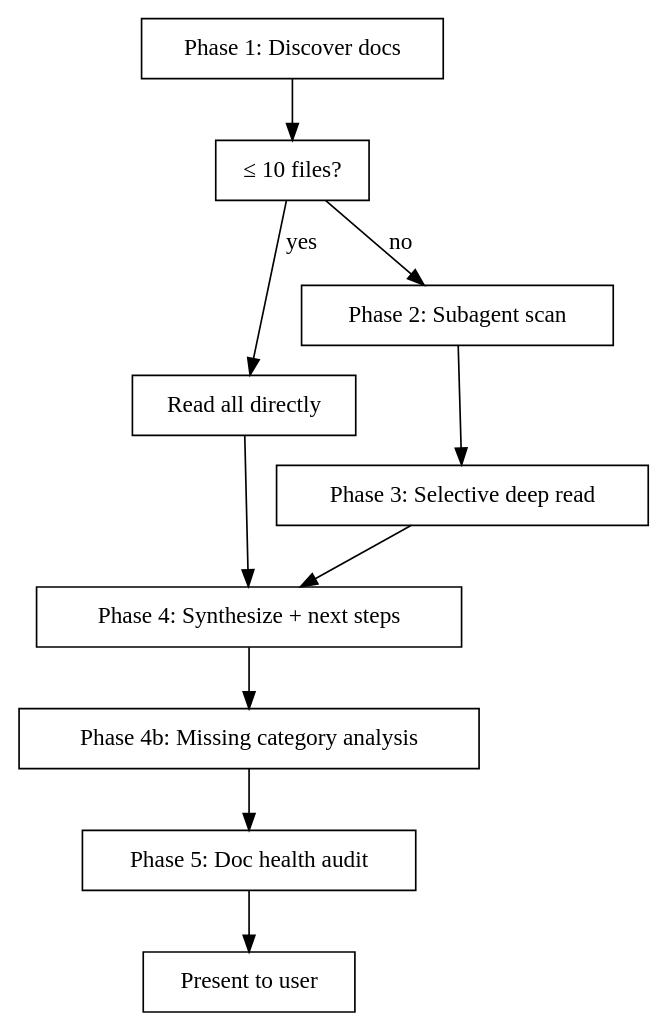
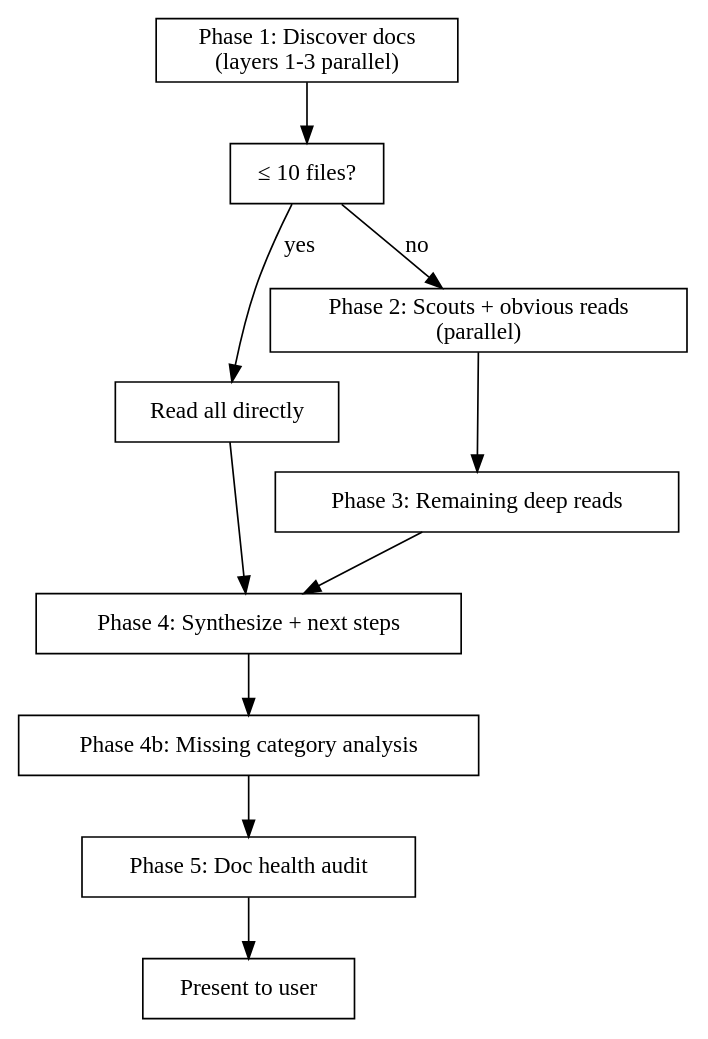
Before and after one commit to Quigleybits/custom_claude_skills: the diagram in skills/recon/SKILL.md, drawn with Graphviz. The commit also changed other lines of this file, not shown here.

````diff
--- a/skills/recon/SKILL.md
+++ b/skills/recon/SKILL.md
@@ -14,15 +14,15 @@
 ```dot
 digraph recon {
     rankdir=TB;
     node [shape=box];
-    "Phase 1: Discover docs" -> "≤ 10 files?" [shape=diamond];
+    "Phase 1: Discover docs\n(layers 1-3 parallel)" -> "≤ 10 files?" [shape=diamond];
     "≤ 10 files?" -> "Read all directly" [label="yes"];
-    "≤ 10 files?" -> "Phase 2: Subagent scan" [label="no"];
-    "Phase 2: Subagent scan" -> "Phase 3: Selective deep read";
+    "≤ 10 files?" -> "Phase 2: Scouts + obvious reads\n(parallel)" [label="no"];
+    "Phase 2: Scouts + obvious reads\n(parallel)" -> "Phase 3: Remaining deep reads";
     "Read all directly" -> "Phase 4: Synthesize + next steps";
-    "Phase 3: Selective deep read" -> "Phase 4: Synthesize + next steps";
+    "Phase 3: Remaining deep reads" -> "Phase 4: Synthesize + next steps";
     "Phase 4: Synthesize + next steps" -> "Phase 4b: Missing category analysis";
     "Phase 4b: Missing category analysis" -> "Phase 5: Doc health audit";
     "Phase 5: Doc health audit" -> "Present to user" [shape=doublecircle];
 }
 ```
````
